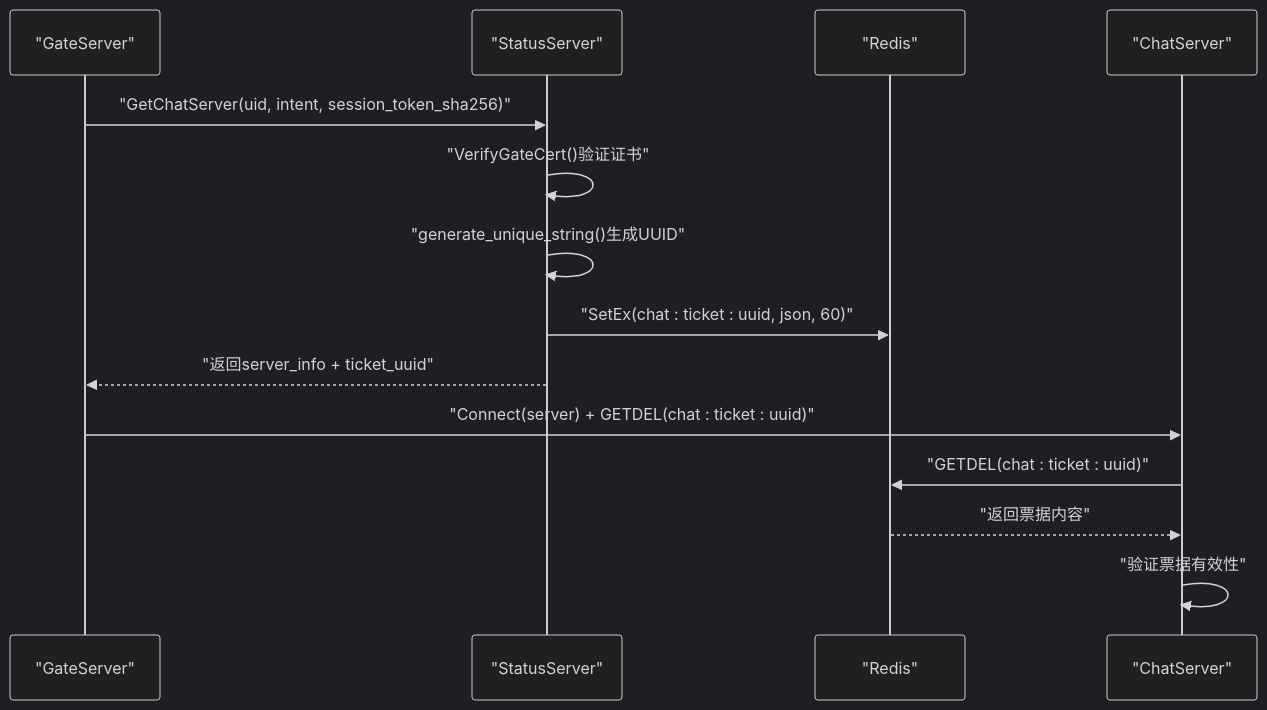
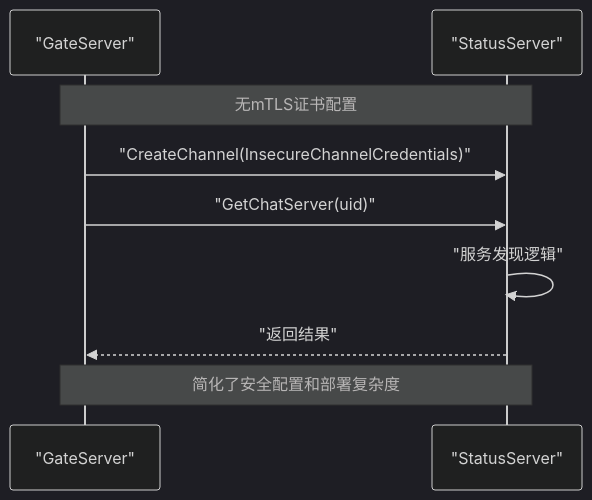
One commit to echo9923/mychatter changed the sixth of 7 diagrams in .qoder/repowiki/zh/content/分布式系统/服务治理/服务注册与发现.md. Above: the diagram before and after it, drawn with Mermaid (dark theme). The commit also changed other lines of this file and 58 other files, not shown here.

````diff
--- a/.qoder/repowiki/zh/content/分布式系统/服务治理/服务注册与发现.md
+++ b/.qoder/repowiki/zh/content/分布式系统/服务治理/服务注册与发现.md
@@ -223,16 +225,11 @@
 ```mermaid
 sequenceDiagram
 participant G as "GateServer"
 participant S as "StatusServer"
-participant R as "Redis"
-participant C as "ChatServer"
-G->>S : "GetChatServer(uid, intent, session_token_sha256)"
-S->>S : "VerifyGateCert()验证证书"
-S->>S : "generate_unique_string()生成UUID"
-S->>R : "SetEx(chat : ticket : uuid, json, 60)"
-S-->>G : "返回server_info + ticket_uuid"
-G->>C : "Connect(server) + GETDEL(chat : ticket : uuid)"
-C->>R : "GETDEL(chat : ticket : uuid)"
-R-->>C : "返回票据内容"
-C->>C : "验证票据有效性"
+Note over G,S : 无mTLS证书配置
+G->>S : "CreateChannel(InsecureChannelCredentials)"
+G->>S : "GetChatServer(uid)"
+S->>S : "服务发现逻辑"
+S-->>G : "返回结果"
+Note over G,S : 简化了安全配置和部署复杂度
 ```
````
